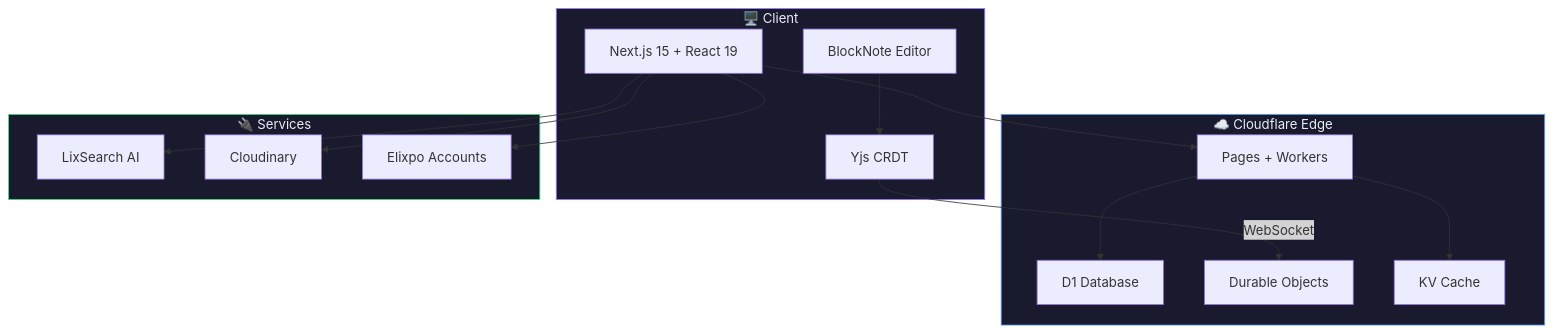
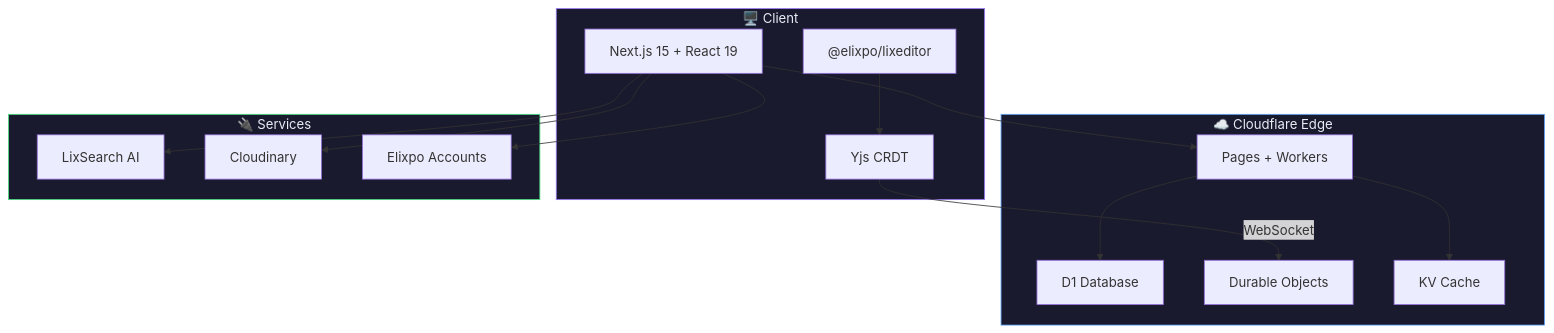
Before and after one commit to dev-krish/blogs.elixpo: the second of 2 diagrams in README.md, drawn with Mermaid. The commit also changed other lines of this file, not shown here.

Commit message:
fix: update README.md to enhance documentation and add new features for @elixpo/lixeditor

````diff
--- a/README.md
+++ b/README.md
@@ -109,34 +172,34 @@
 ```mermaid
 graph TB
     subgraph Client ["🖥️ Client"]
         FE["Next.js 15 + React 19"]
-        ED["BlockNote Editor"]
+        ED["@elixpo/lixeditor"]
         YJS["Yjs CRDT"]
     end
 
     subgraph Edge ["☁️ Cloudflare Edge"]
         CF["Pages + Workers"]
         D1["D1 Database"]
         DO["Durable Objects"]
         KV["KV Cache"]
     end
 
     subgraph Services ["🔌 Services"]
         AI["LixSearch AI"]
         CLD["Cloudinary"]
         AUTH["Elixpo Accounts"]
     end
 
     FE --> CF
     ED --> YJS
     YJS -->|WebSocket| DO
     CF --> D1
     CF --> KV
     FE --> AI
     FE --> CLD
     FE --> AUTH
 
     style Client fill:#1a1a2e,stroke:#9b7bf7,color:#e8edf5
     style Edge fill:#1a1a2e,stroke:#60a5fa,color:#e8edf5
     style Services fill:#1a1a2e,stroke:#4ade80,color:#e8edf5
 ```
````
